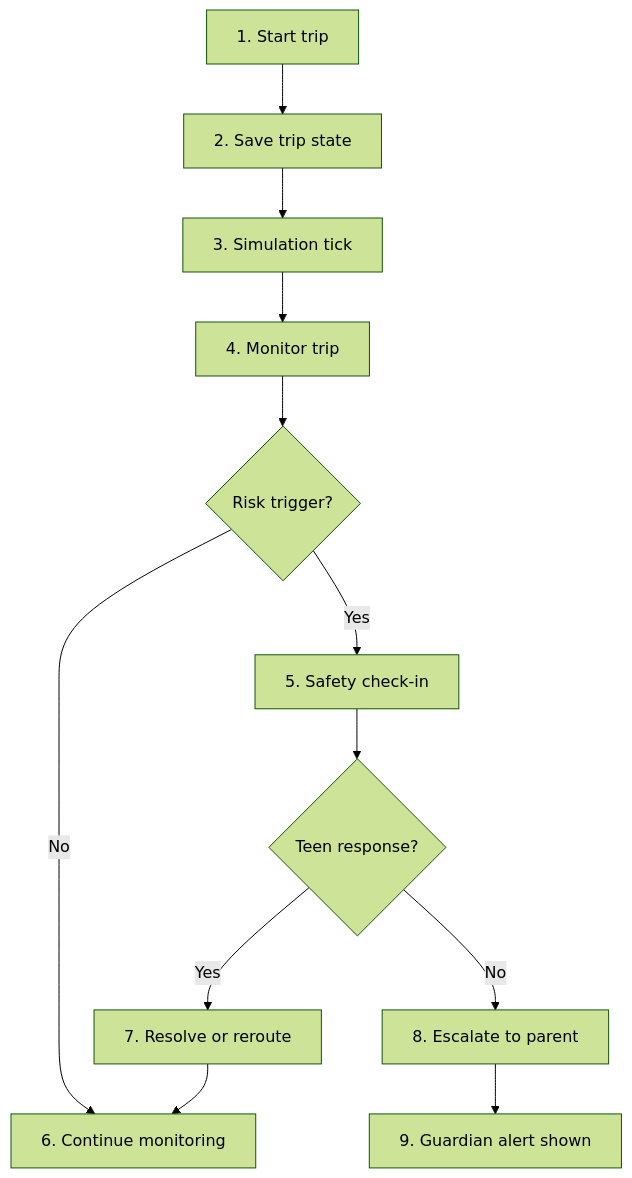
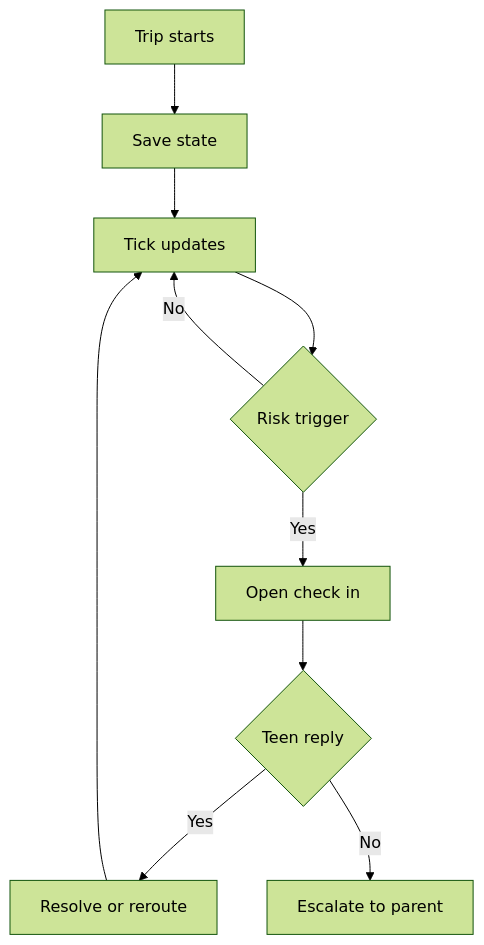
One commit to VaishnavBourampeta09/EMP-HackFest changed the third of 4 diagrams in README.md. Above: the diagram before and after it, drawn with Mermaid (forest theme). The commit also changed other lines of this file and 4 other files, not shown here.

````diff
--- a/README.md
+++ b/README.md
@@ -73,14 +141,12 @@
 ```mermaid
 flowchart TD
-    A[1. Start trip] --> B[2. Save trip state]
-    B --> C[3. Simulation tick]
-    C --> D[4. Monitor trip]
-    D --> E{Risk trigger?}
-    E -->|Yes| F[5. Safety check-in]
-    E -->|No| G[6. Continue monitoring]
-    F --> H{Teen response?}
-    H -->|Yes| I[7. Resolve or reroute]
-    H -->|No| J[8. Escalate to parent]
-    J --> K[9. Guardian alert shown]
-    I --> G
+    A[Trip starts] --> B[Save state]
+    B --> C[Tick updates]
+    C --> D{Risk trigger}
+    D -->|Yes| E[Open check in]
+    D -->|No| C
+    E --> F{Teen reply}
+    F -->|Yes| G[Resolve or reroute]
+    F -->|No| H[Escalate to parent]
+    G --> C
 ```
````
